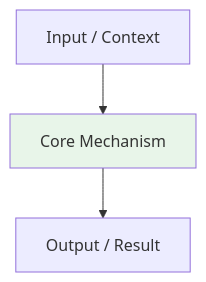
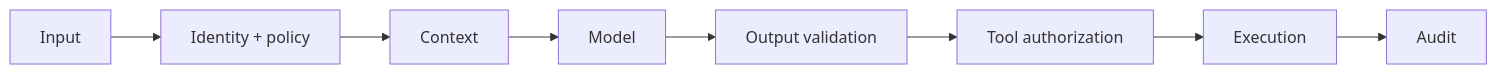
Before and after one commit to kotiansukesh/Engineering-Knowledge-System: the diagram in AI/03_Agentic-AI/11_Guardrails.md, drawn with Mermaid. The commit also changed other lines of this file and 4 other files, not shown here.

````diff
--- a/AI/03_Agentic-AI/11_Guardrails.md
+++ b/AI/03_Agentic-AI/11_Guardrails.md
@@ -35,6 +19,4 @@
-```mermaid
-graph TD
-    A[Input / Context] --> B[Core Mechanism]
-    B --> C[Output / Result]
-    style B fill:#e8f5e9
-```
+~~~~mermaid
+flowchart LR
+I[Input] --> P[Identity + policy] --> C[Context] --> M[Model] --> V[Output validation] --> A[Tool authorization] --> E[Execution] --> O[Audit]
+~~~~
````
